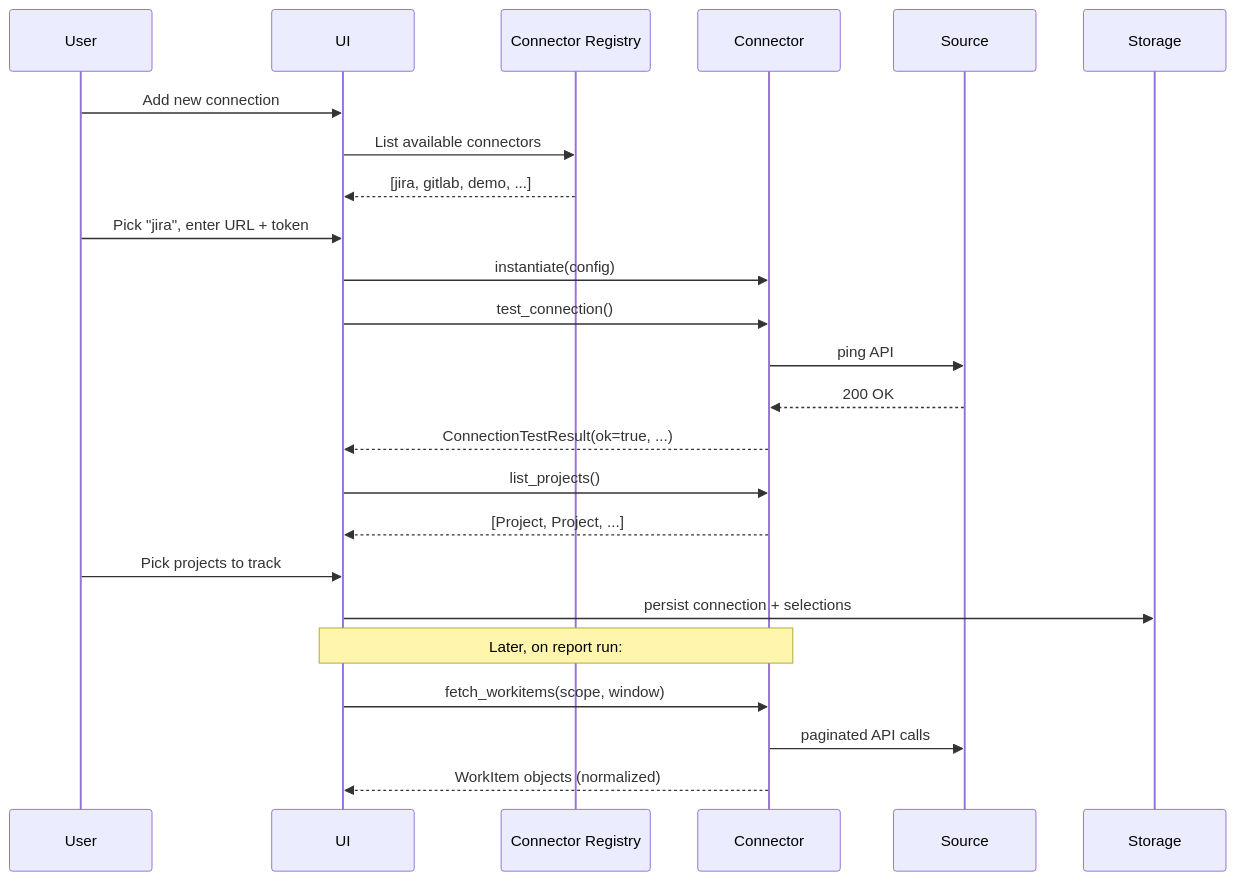
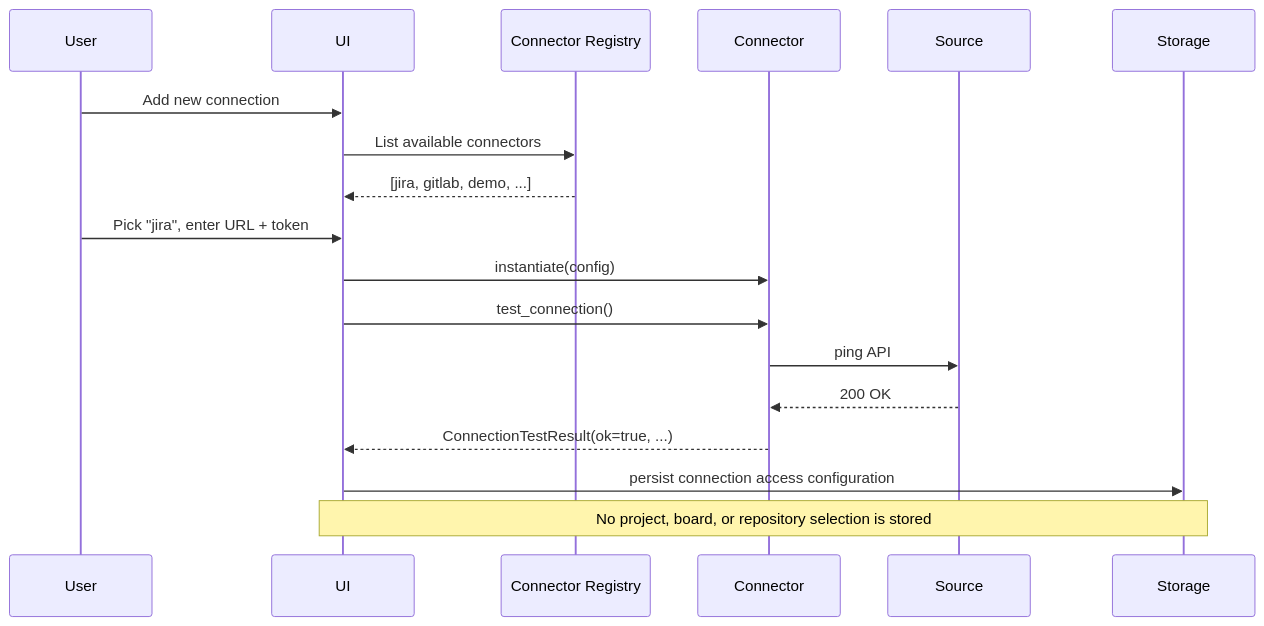
One commit to serdartas/em-radar changed the first of 2 diagrams in docs/07-connector-interface.md. Above: the diagram before and after it, drawn with Mermaid. The commit also changed other lines of this file and 39 other files, not shown here.

````diff
--- a/docs/07-connector-interface.md
+++ b/docs/07-connector-interface.md
@@ -28,26 +33,20 @@
 ```mermaid
 sequenceDiagram
     participant User
     participant UI
     participant Registry as Connector Registry
     participant Connector
     participant Source
 
     User->>UI: Add new connection
     UI->>Registry: List available connectors
     Registry-->>UI: [jira, gitlab, demo, ...]
     User->>UI: Pick "jira", enter URL + token
     UI->>Connector: instantiate(config)
     UI->>Connector: test_connection()
     Connector->>Source: ping API
     Source-->>Connector: 200 OK
     Connector-->>UI: ConnectionTestResult(ok=true, ...)
-    UI->>Connector: list_projects()
-    Connector-->>UI: [Project, Project, ...]
-    User->>UI: Pick projects to track
-    UI->>Storage: persist connection + selections
-    Note over UI,Connector: Later, on report run:
-    UI->>Connector: fetch_workitems(scope, window)
-    Connector->>Source: paginated API calls
-    Connector-->>UI: WorkItem objects (normalized)
+    UI->>Storage: persist connection access configuration
+    Note over UI,Storage: No project, board, or repository selection is stored
 ```
````
